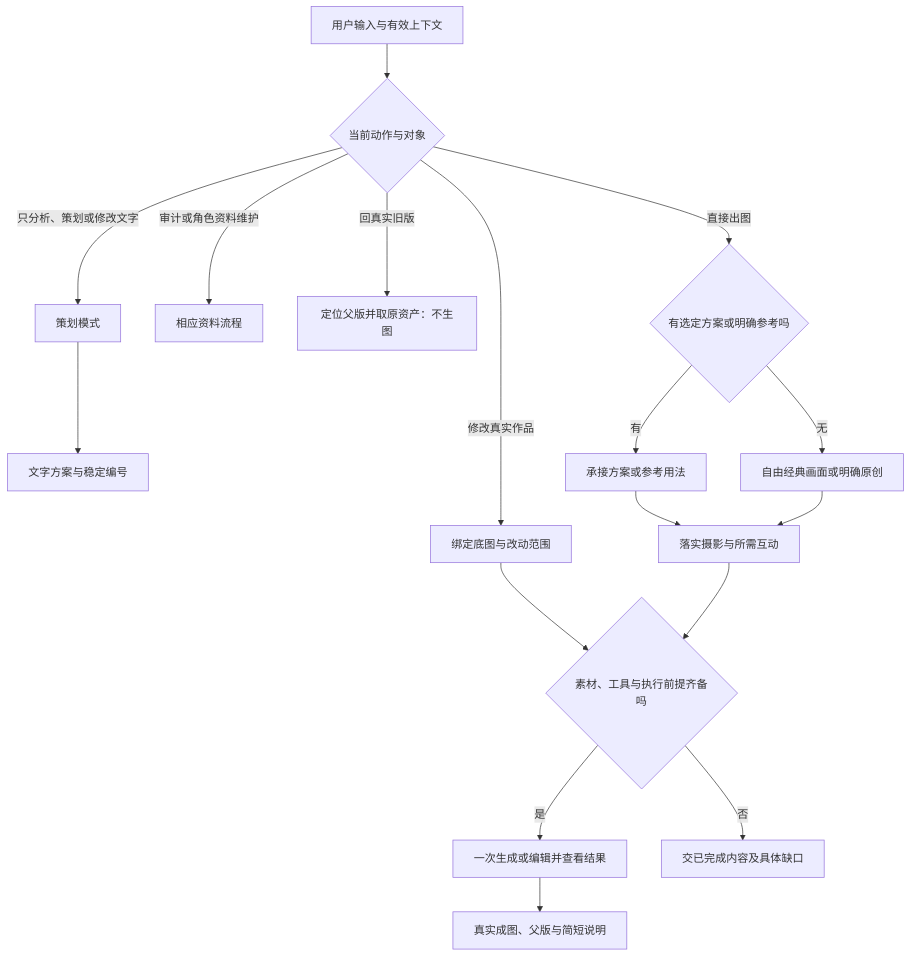
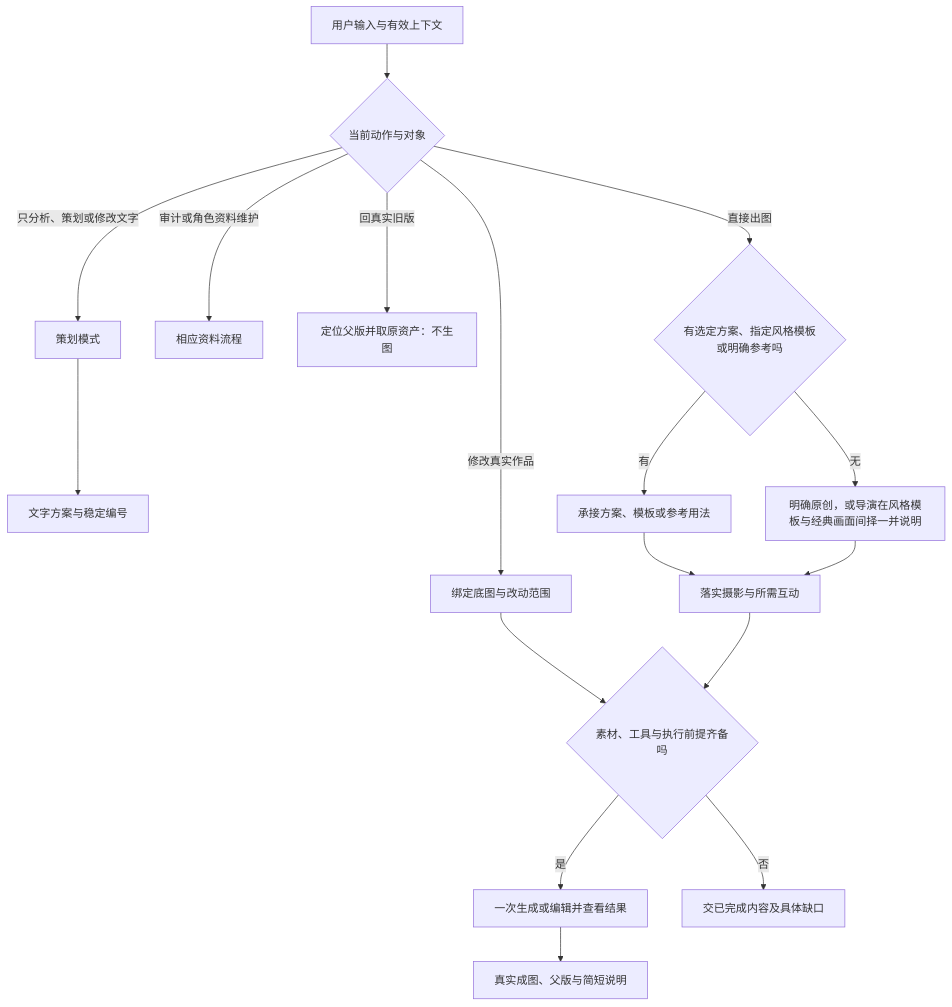
One commit to denggui-ai/fashion-remix changed the second of 3 diagrams in SKILL.md. Above: the diagram before and after it, drawn with Mermaid. The commit also changed other lines of this file and 20 other files, not shown here.

````diff
--- a/SKILL.md
+++ b/SKILL.md
@@ -146,19 +150,19 @@
 ```mermaid
 flowchart TD
     A[用户输入与有效上下文] --> B{当前动作与对象}
     B -->|只分析、策划或修改文字| C[策划模式]
     B -->|审计或角色资料维护| D[相应资料流程]
     B -->|回真实旧版| E[定位父版并取原资产：不生图]
     B -->|修改真实作品| F[绑定底图与改动范围]
-    B -->|直接出图| G{有选定方案或明确参考吗}
-    G -->|有| H[承接方案或参考用法]
-    G -->|无| I[自由经典画面或明确原创]
+    B -->|直接出图| G{有选定方案、指定风格模板或明确参考吗}
+    G -->|有| H[承接方案、模板或参考用法]
+    G -->|无| I[明确原创，或导演在风格模板与经典画面间择一并说明]
     H --> J[落实摄影与所需互动]
     I --> J
     F --> K{素材、工具与执行前提齐备吗}
     J --> K
     K -->|是| L[一次生成或编辑并查看结果]
     K -->|否| M[交已完成内容及具体缺口]
     C --> N[文字方案与稳定编号]
     L --> O[真实成图、父版与简短说明]
 ```
````
